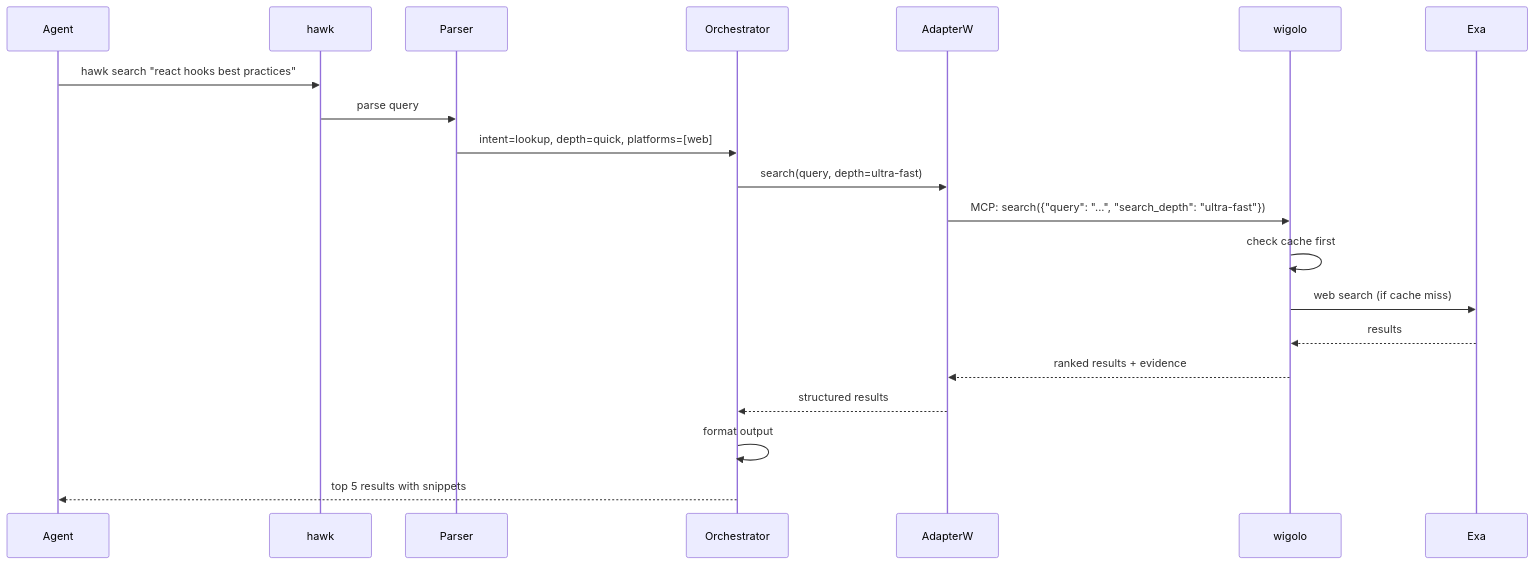
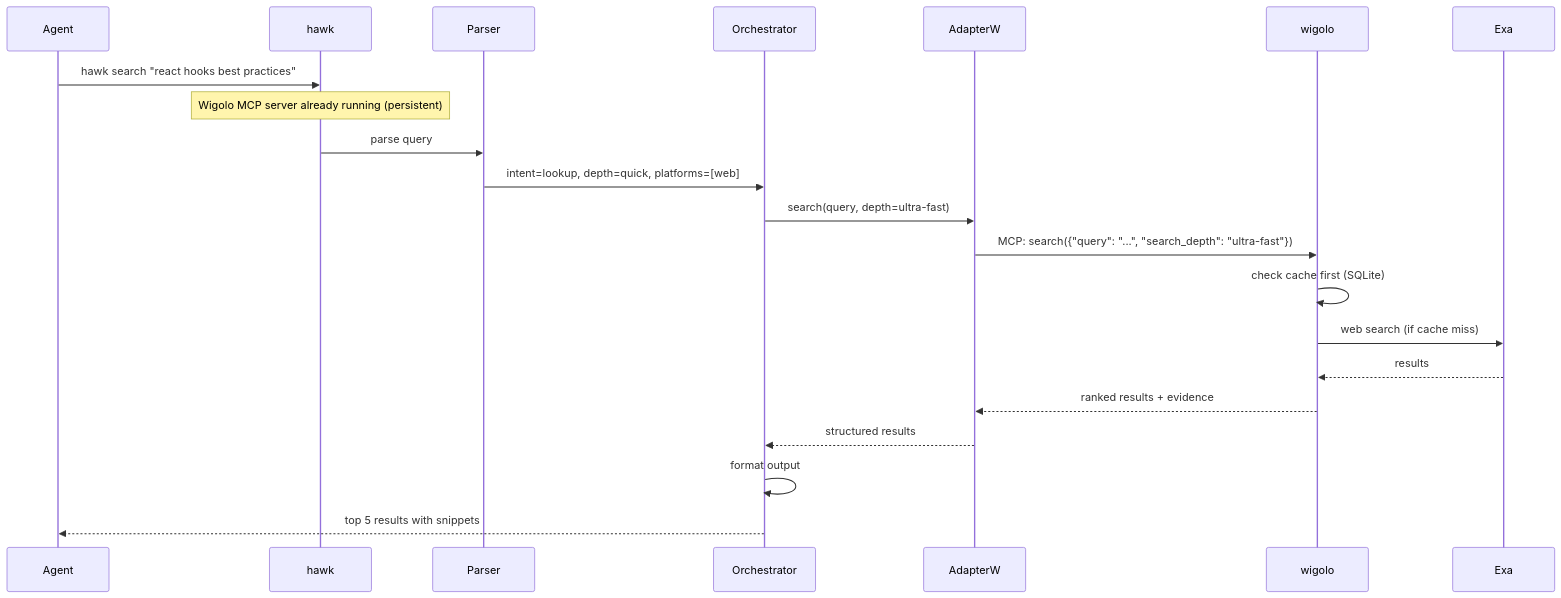
The second of 6 diagrams in docs/architecture.md (iatosh/hawk-search), drawn with Mermaid before and after one commit. The commit also changed other lines of this file and 10 other files, not shown here.

First line of the commit message:
docs: add architecture docs, ADRs, and issue templates for backend integration

````diff
--- a/docs/architecture.md
+++ b/docs/architecture.md
@@ -33,15 +33,16 @@
 ```mermaid
 sequenceDiagram
     Agent->>hawk: hawk search "react hooks best practices"
+    Note over hawk: Wigolo MCP server already running (persistent)
     hawk->>Parser: parse query
     Parser->>Orchestrator: intent=lookup, depth=quick, platforms=[web]
     Orchestrator->>AdapterW: search(query, depth=ultra-fast)
     AdapterW->>wigolo: MCP: search({"query": "...", "search_depth": "ultra-fast"})
-    wigolo->>wigolo: check cache first
+    wigolo->>wigolo: check cache first (SQLite)
     wigolo->>Exa: web search (if cache miss)
     Exa-->>wigolo: results
     wigolo-->>AdapterW: ranked results + evidence
     AdapterW-->>Orchestrator: structured results
     Orchestrator->>Orchestrator: format output
     Orchestrator-->>Agent: top 5 results with snippets
 ```
````
